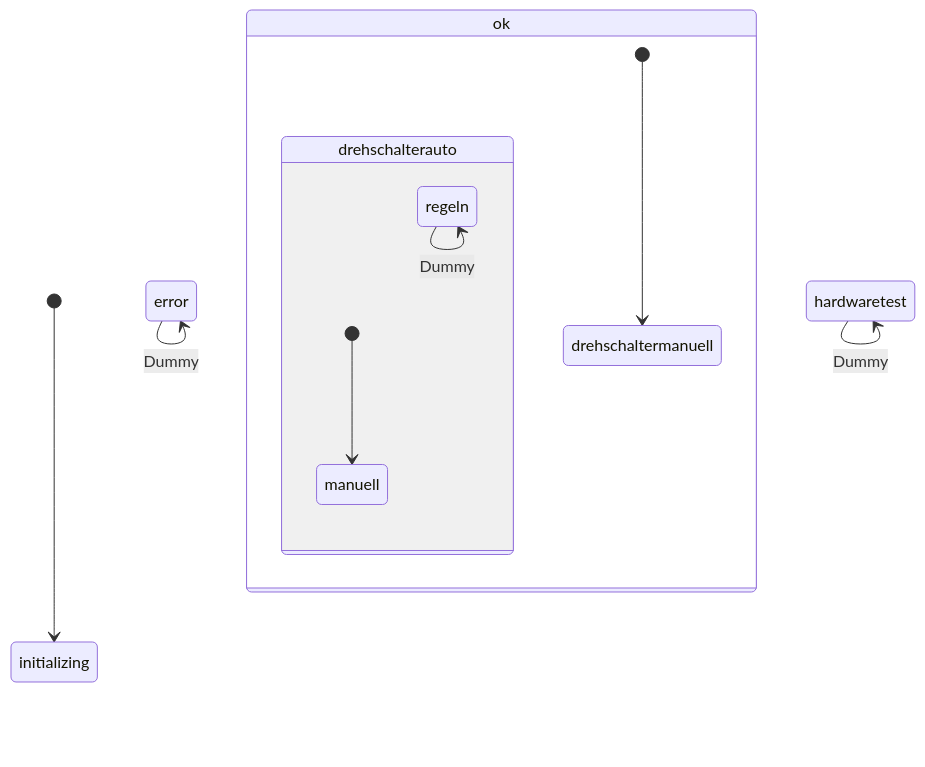
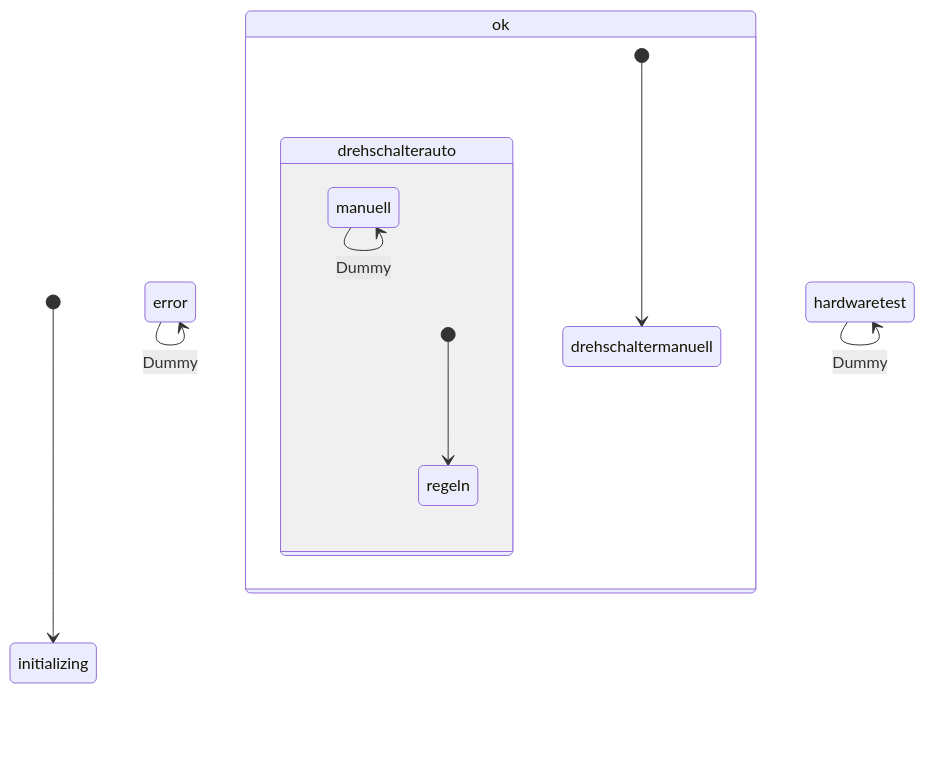
The diagram in steuerung_automatik/software-zentral/log/statemachine_HsmZentral.md (petermaerki/puenterswis_heizung_2023_git), drawn with Mermaid before and after one commit. The commit also changed 3 other files, not shown here.

Commit message:
Status drehschalterauto_regenl/manuell konsistent nach hardwaretest

````diff
--- a/steuerung_automatik/software-zentral/log/statemachine_HsmZentral.md
+++ b/steuerung_automatik/software-zentral/log/statemachine_HsmZentral.md
@@ -1,34 +1,34 @@
 ```mermaid
 stateDiagram-v2
     error: error
     state error
     error --> error: Dummy
 
     hardwaretest: hardwaretest
     state hardwaretest
     hardwaretest --> hardwaretest: Dummy
 
     initializing: initializing
     state initializing
 
     ok: ok
     state ok {
         ok_drehschalterauto: drehschalterauto
         state ok_drehschalterauto {
             ok_drehschalterauto_manuell: manuell
             state ok_drehschalterauto_manuell
+            ok_drehschalterauto_manuell --> ok_drehschalterauto_manuell: Dummy
 
             ok_drehschalterauto_regeln: regeln
             state ok_drehschalterauto_regeln
-            ok_drehschalterauto_regeln --> ok_drehschalterauto_regeln: Dummy
-            [*] --> ok_drehschalterauto_manuell
+            [*] --> ok_drehschalterauto_regeln
         }
 
         ok_drehschaltermanuell: drehschaltermanuell
         state ok_drehschaltermanuell
         [*] --> ok_drehschaltermanuell
     }
     [*] --> initializing
 
     %% Transitions
 ```
````
